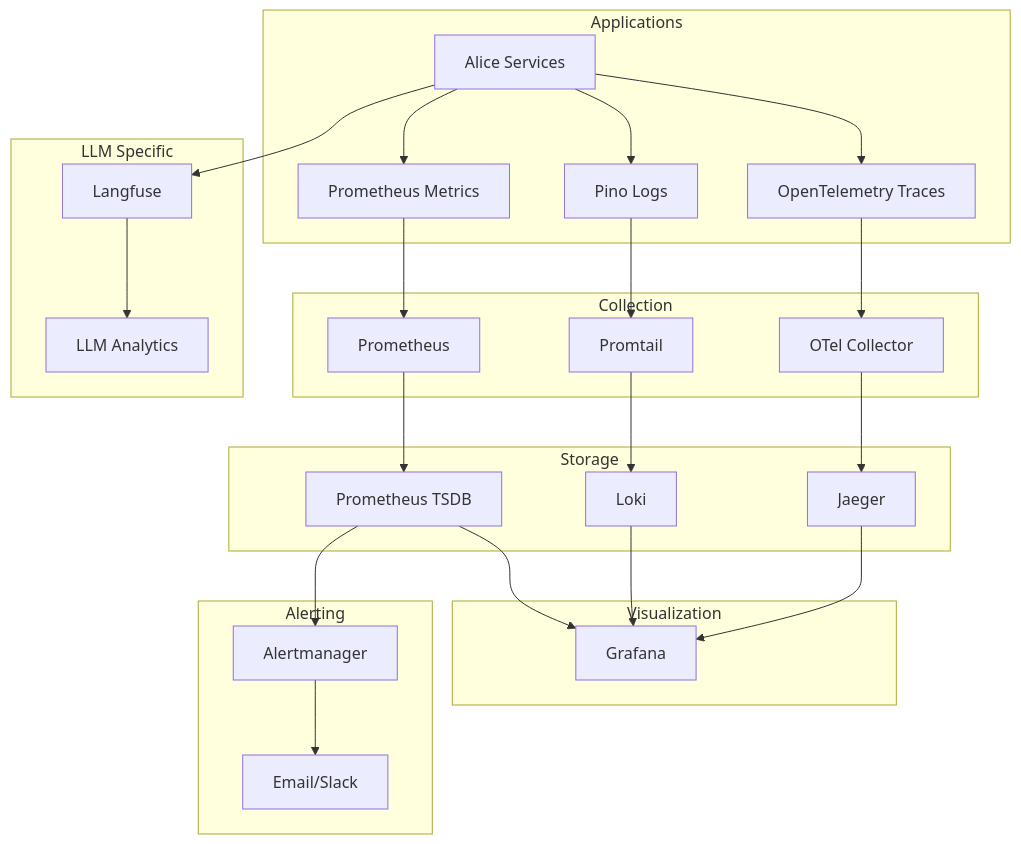
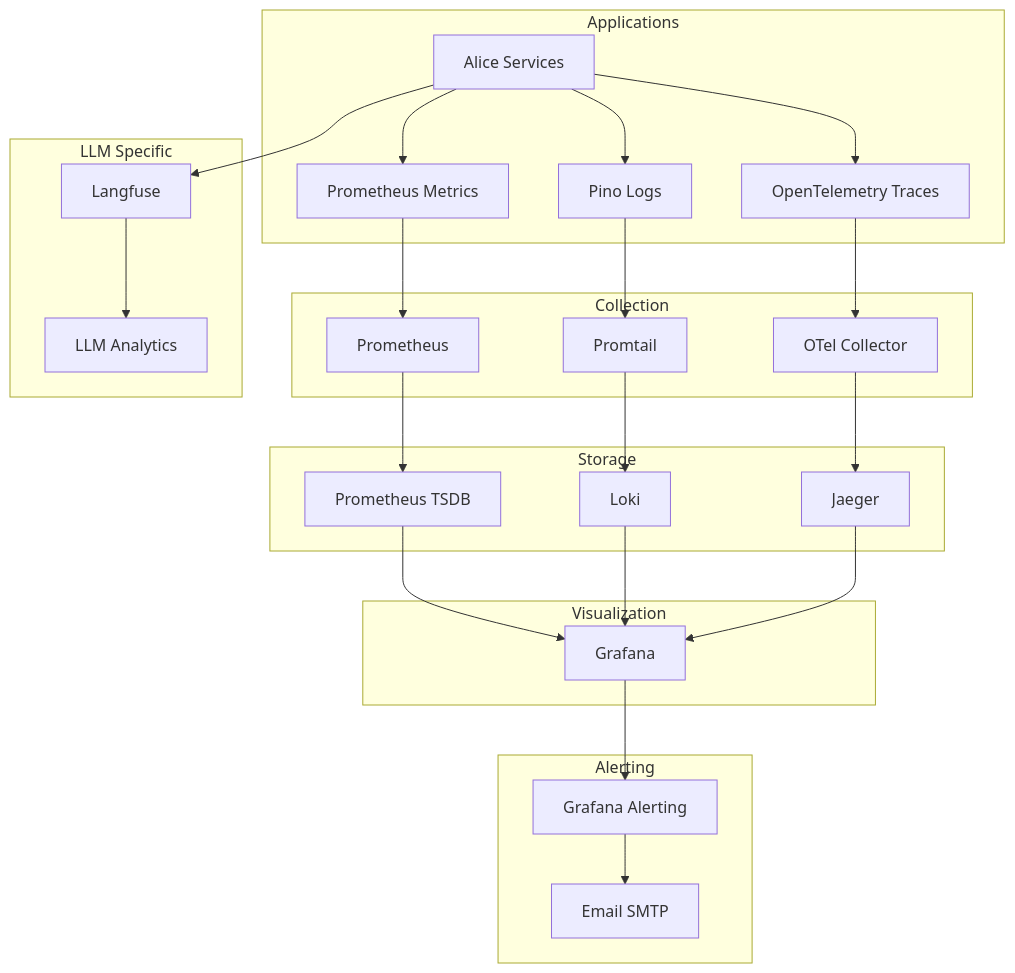
One commit to fillipeguerrabtc/alice changed diagram 12 of 13 in docs/ARQUITETURA.md. Above: the diagram before and after it, drawn with Mermaid. The commit also changed other lines of this file and 26 other files, not shown here.

````diff
--- a/docs/ARQUITETURA.md
+++ b/docs/ARQUITETURA.md
@@ -589,36 +591,36 @@
 ```mermaid
 flowchart TB
     subgraph Applications
         A[Alice Services] --> B[Prometheus Metrics]
         A --> C[Pino Logs]
         A --> D[OpenTelemetry Traces]
     end
     
     subgraph Collection
         B --> E[Prometheus]
         C --> F[Promtail]
         D --> G[OTel Collector]
     end
     
     subgraph Storage
         E --> H[Prometheus TSDB]
         F --> I[Loki]
         G --> J[Jaeger]
     end
     
     subgraph Visualization
         H --> K[Grafana]
         I --> K
         J --> K
     end
     
     subgraph Alerting
-        H --> L[Alertmanager]
-        L --> M[Email/Slack]
+        K --> L[Grafana Alerting]
+        L --> M[Email SMTP]
     end
     
     subgraph LLM Specific
         A --> N[Langfuse]
         N --> O[LLM Analytics]
     end
 ```
````
